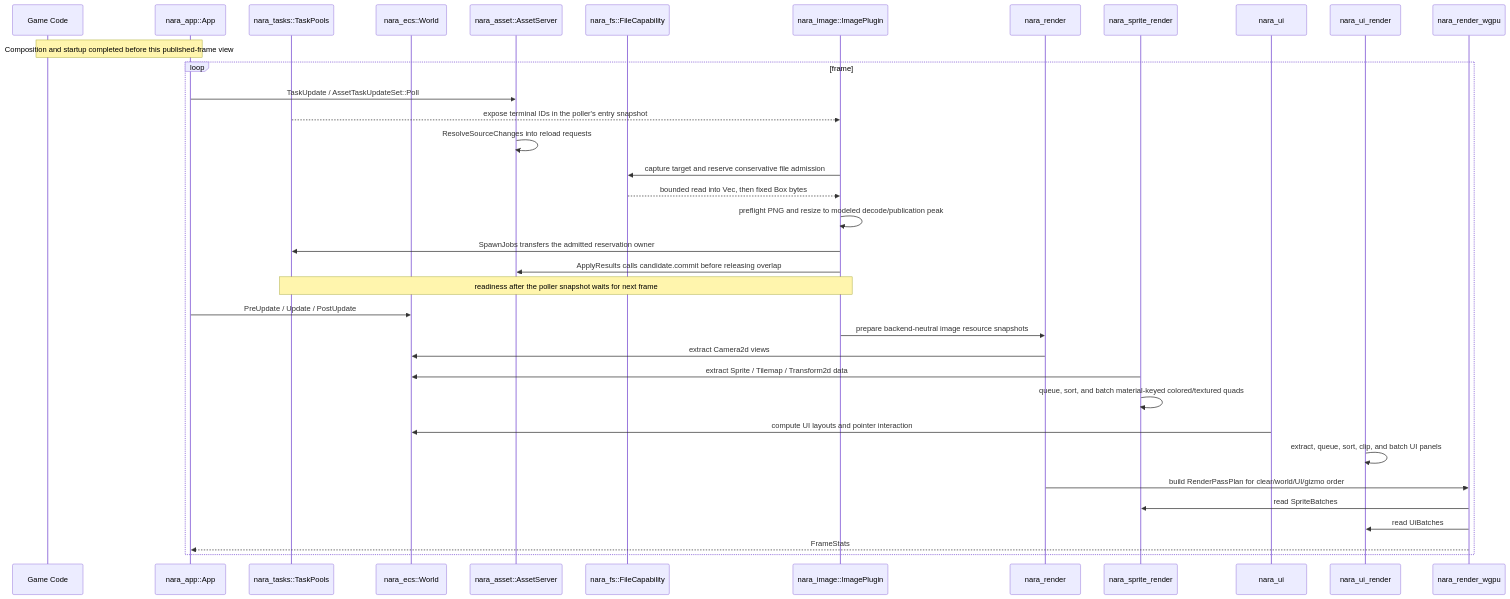
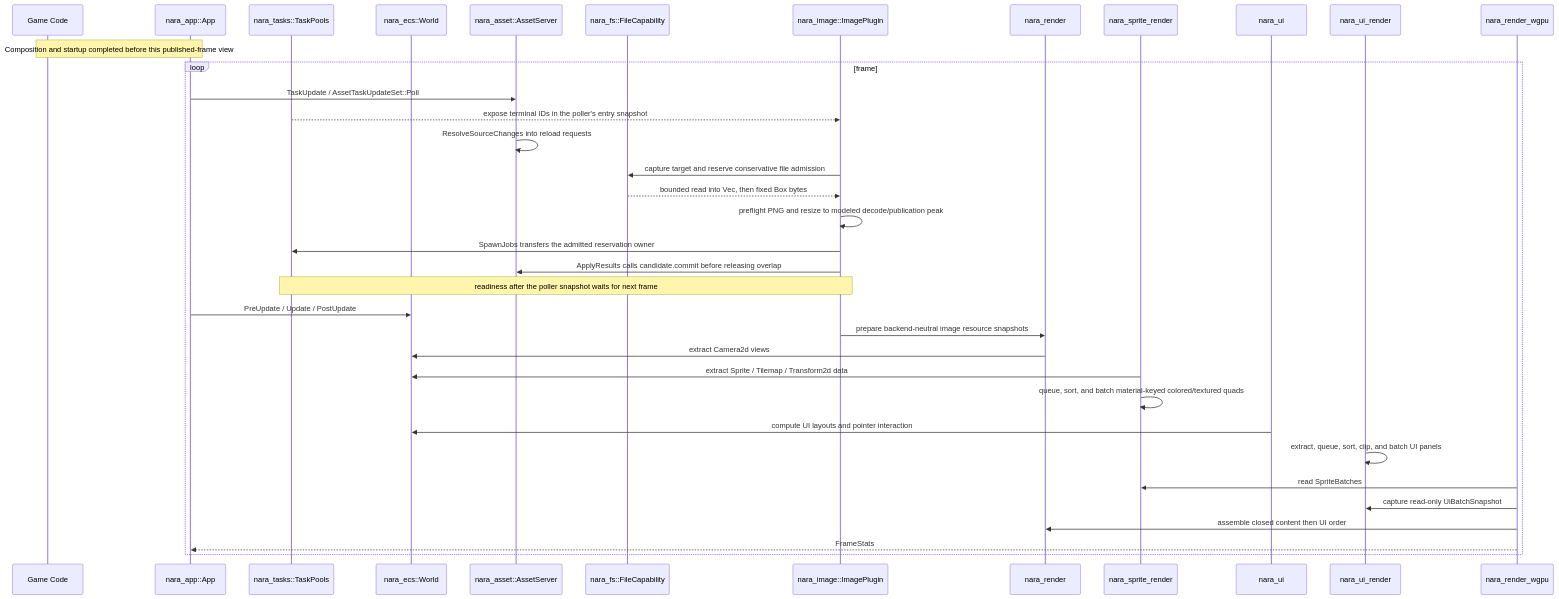
The second of 2 diagrams in docs/architecture/nara-foundation.md (Latias94/nara), drawn with Mermaid before and after one commit. The commit also changed other lines of this file and 39 other files, not shown here.

````diff
--- a/docs/architecture/nara-foundation.md
+++ b/docs/architecture/nara-foundation.md
@@ -211,39 +211,39 @@
 ```mermaid
 sequenceDiagram
     participant Game as Game Code
     participant App as nara_app::App
     participant Tasks as nara_tasks::TaskPools
     participant ECS as nara_ecs::World
     participant Asset as nara_asset::AssetServer
     participant FS as nara_fs::FileCapability
     participant Image as nara_image::ImagePlugin
     participant Render as nara_render
     participant SpriteRender as nara_sprite_render
     participant Ui as nara_ui
     participant UiRender as nara_ui_render
     participant Wgpu as nara_render_wgpu
 
     Note over Game,App: Composition and startup completed before this published-frame view
     loop frame
         App->>Asset: TaskUpdate / AssetTaskUpdateSet::Poll
         Tasks-->>Image: expose terminal IDs in the poller's entry snapshot
         Asset->>Asset: ResolveSourceChanges into reload requests
         Image->>FS: capture target and reserve conservative file admission
         FS-->>Image: bounded read into Vec, then fixed Box bytes
         Image->>Image: preflight PNG and resize to modeled decode/publication peak
         Image->>Tasks: SpawnJobs transfers the admitted reservation owner
         Image->>Asset: ApplyResults calls candidate.commit before releasing overlap
         Note over Tasks,Image: readiness after the poller snapshot waits for next frame
         App->>ECS: PreUpdate / Update / PostUpdate
         Image->>Render: prepare backend-neutral image resource snapshots
         Render->>ECS: extract Camera2d views
         SpriteRender->>ECS: extract Sprite / Tilemap / Transform2d data
         SpriteRender->>SpriteRender: queue, sort, and batch material-keyed colored/textured quads
         Ui->>ECS: compute UI layouts and pointer interaction
         UiRender->>UiRender: extract, queue, sort, clip, and batch UI panels
-        Render->>Wgpu: build RenderPassPlan for clear/world/UI/gizmo order
         Wgpu->>SpriteRender: read SpriteBatches
-        Wgpu->>UiRender: read UiBatches
+        Wgpu->>UiRender: capture read-only UiBatchSnapshot
+        Wgpu->>Render: assemble closed content then UI order
         Wgpu-->>App: FrameStats
     end
 ```
````
